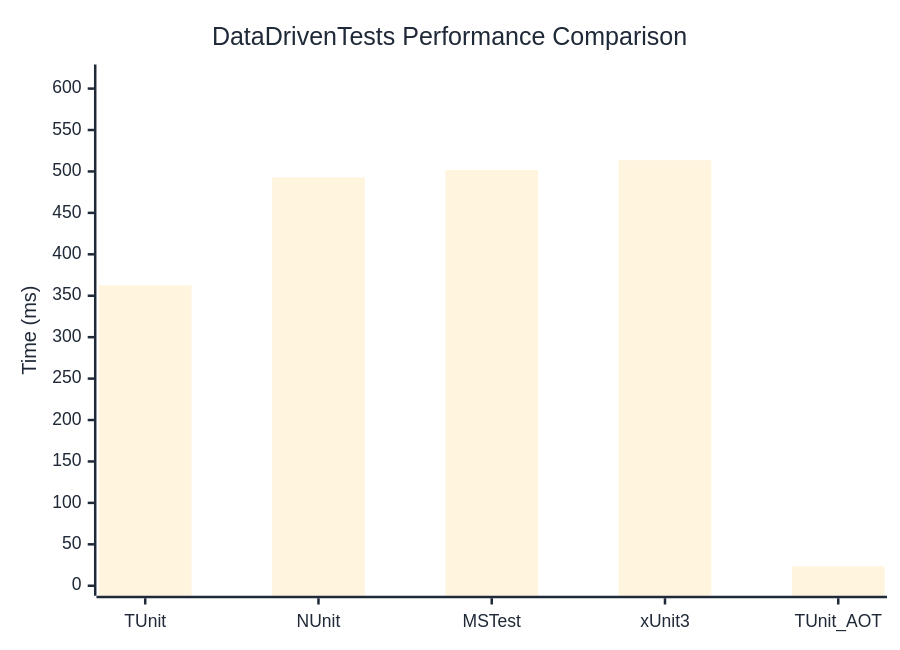
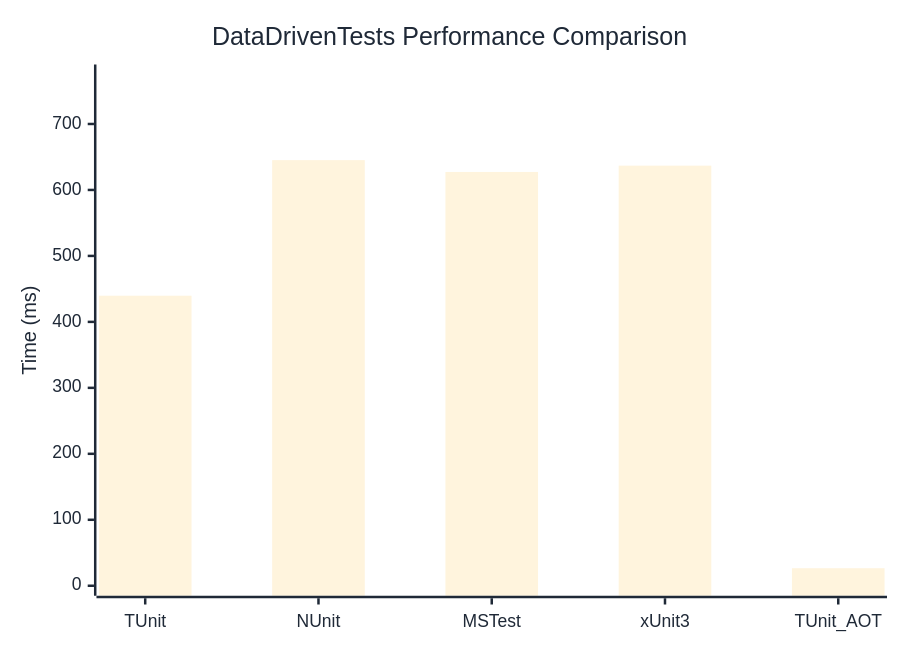
Before and after one commit to thomhurst/TUnit: the diagram in docs/docs/benchmarks/DataDrivenTests.md, drawn with Mermaid. The commit also changed other lines of this file and 17 other files, not shown here.

````diff
--- a/docs/docs/benchmarks/DataDrivenTests.md
+++ b/docs/docs/benchmarks/DataDrivenTests.md
@@ -27,37 +27,37 @@
 ```mermaid
 %%{init: {
   'theme':'base',
   'themeVariables': {
     'primaryColor': '#2563eb',
     'primaryTextColor': '#1f2937',
     'primaryBorderColor': '#1e40af',
     'lineColor': '#6b7280',
     'secondaryColor': '#7c3aed',
     'tertiaryColor': '#dc2626',
     'background': '#ffffff',
     'mainBkg': '#2563eb',
     'secondBkg': '#7c3aed',
     'tertiaryBkg': '#dc2626',
     'clusterBkg': '#f3f4f6',
     'edgeLabelBackground': '#ffffff',
     'tertiaryTextColor': '#1f2937',
     'pie1': '#2563eb',
     'pie2': '#7c3aed',
     'pie3': '#dc2626',
     'pie4': '#f59e0b',
     'pie5': '#10b981',
     'pie6': '#06b6d4',
     'pie7': '#ec4899',
     'pie8': '#6366f1',
     'pie9': '#84cc16',
     'pie10': '#f97316',
     'pie11': '#14b8a6',
     'pie12': '#a855f7'
   }
 }}%%
 xychart-beta
   title "DataDrivenTests Performance Comparison"
   x-axis ["TUnit", "NUnit", "MSTest", "xUnit3", "TUnit_AOT"]
-  y-axis "Time (ms)" 0 --> 617
-  bar [362.68, 492.82, 501.83, 513.71, 23.61]
+  y-axis "Time (ms)" 0 --> 775
+  bar [439.7, 645.19, 627.27, 636.82, 26.58]
 ```
````
